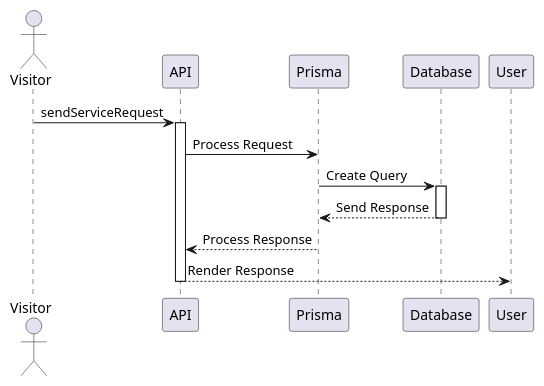
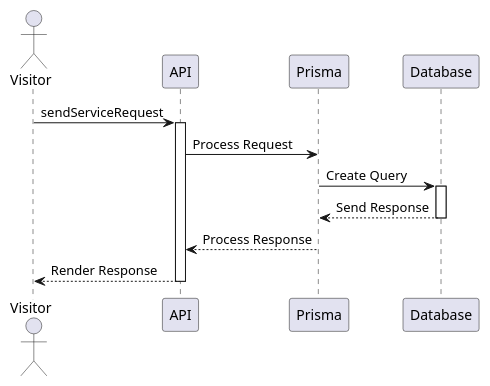
The first of 3 diagrams in Documentation/Diagrams/sequence.puml (GutterneTheBois/smagen-af-oel), drawn with PlantUML before and after one commit. The commit also changed other lines of this file and 7 other files, not shown here.

First line of the commit message:
prisma schema updated for stock amount

```diff
--- a/Documentation/Diagrams/sequence.puml
+++ b/Documentation/Diagrams/sequence.puml
@@ -1,25 +1,25 @@
 @startuml API
 actor Visitor
 
 participant "API" as A
 participant "Prisma" as P
 participant "Database" as D
 
 Visitor -> A: sendServiceRequest
 activate A
 
 A -> P: Process Request
 
 P -> D: Create Query
 activate D
 
 D --> P: Send Response
 deactivate D
 
 P --> A: Process Response
 deactivate P
 
-A --> User: Render Response
+A --> Visitor: Render Response
 deactivate A
 
 @enduml
```
